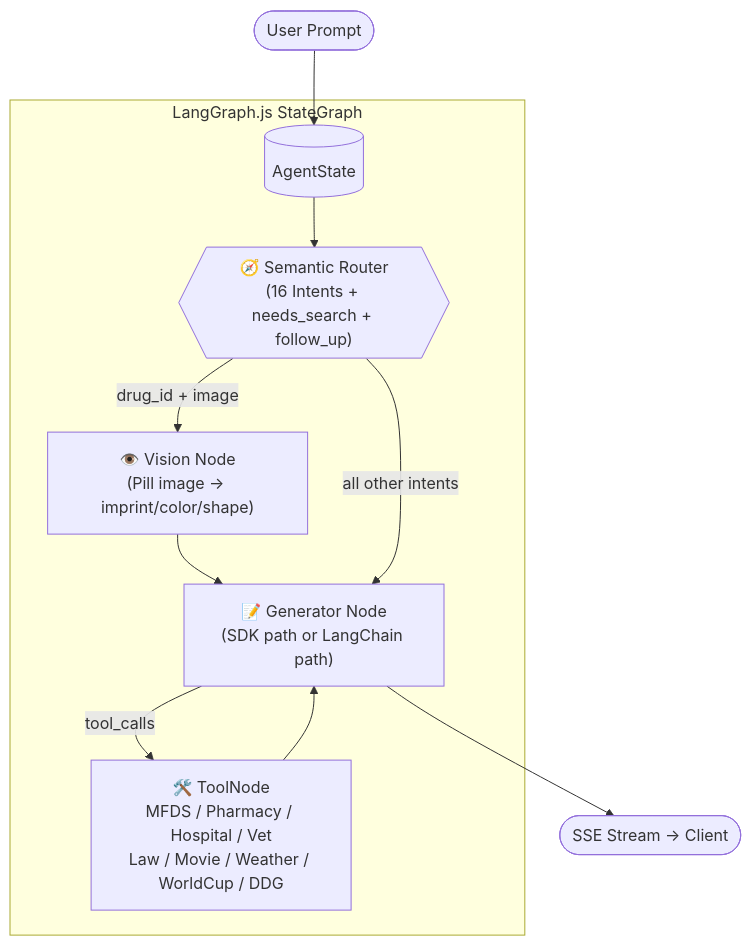
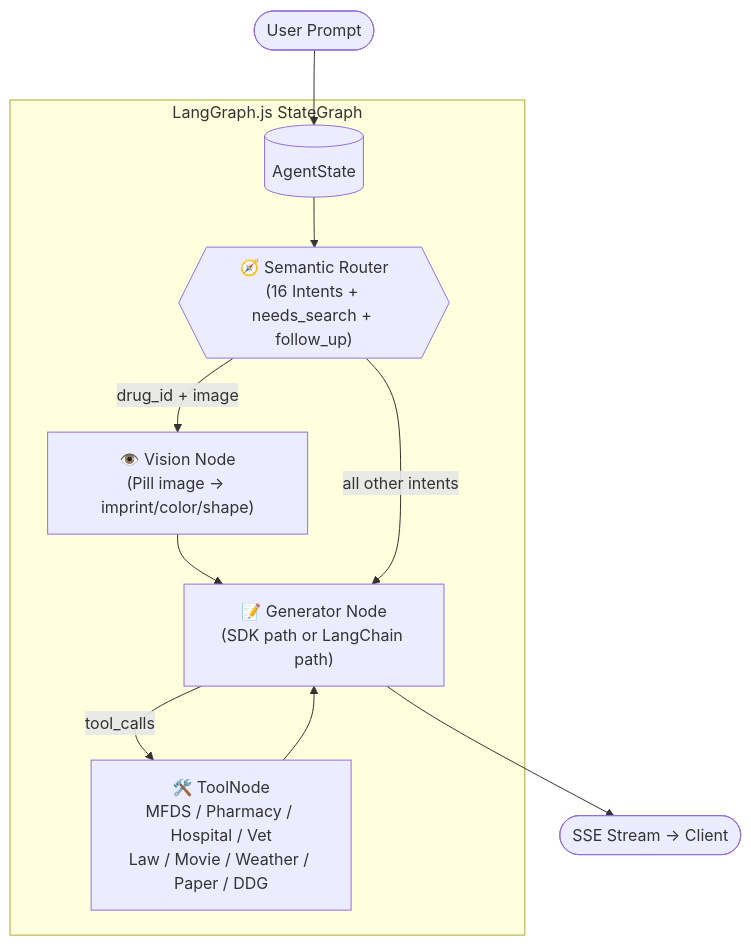
Before and after one commit to jpjp92/chat-agent: the second of 7 diagrams in docs/guide/REF_Architecture.md, drawn with Mermaid. The commit also changed other lines of this file and 14 other files, not shown here.

````diff
--- a/docs/guide/REF_Architecture.md
+++ b/docs/guide/REF_Architecture.md
@@ -130,20 +130,20 @@
 ```mermaid
 flowchart TB
     User([User Prompt])
 
     subgraph StateGraph ["LangGraph.js StateGraph"]
         State[("AgentState")]
         Router{{"🧭 Semantic Router\n(16 Intents + needs_search + follow_up)"}}
         Vision["👁️ Vision Node\n(Pill image → imprint/color/shape)"]
         Generator["📝 Generator Node\n(SDK path or LangChain path)"]
-        Tools["🛠️ ToolNode\nMFDS / Pharmacy / Hospital / Vet\nLaw / Movie / Weather / WorldCup / DDG"]
+        Tools["🛠️ ToolNode\nMFDS / Pharmacy / Hospital / Vet\nLaw / Movie / Weather / Paper / DDG"]
     end
 
     Output([SSE Stream → Client])
 
     User --> State --> Router
     Router -- "drug_id + image" --> Vision --> Generator
     Router -- "all other intents" --> Generator
     Generator -- "tool_calls" --> Tools --> Generator
     Generator --> Output
 ```
````
